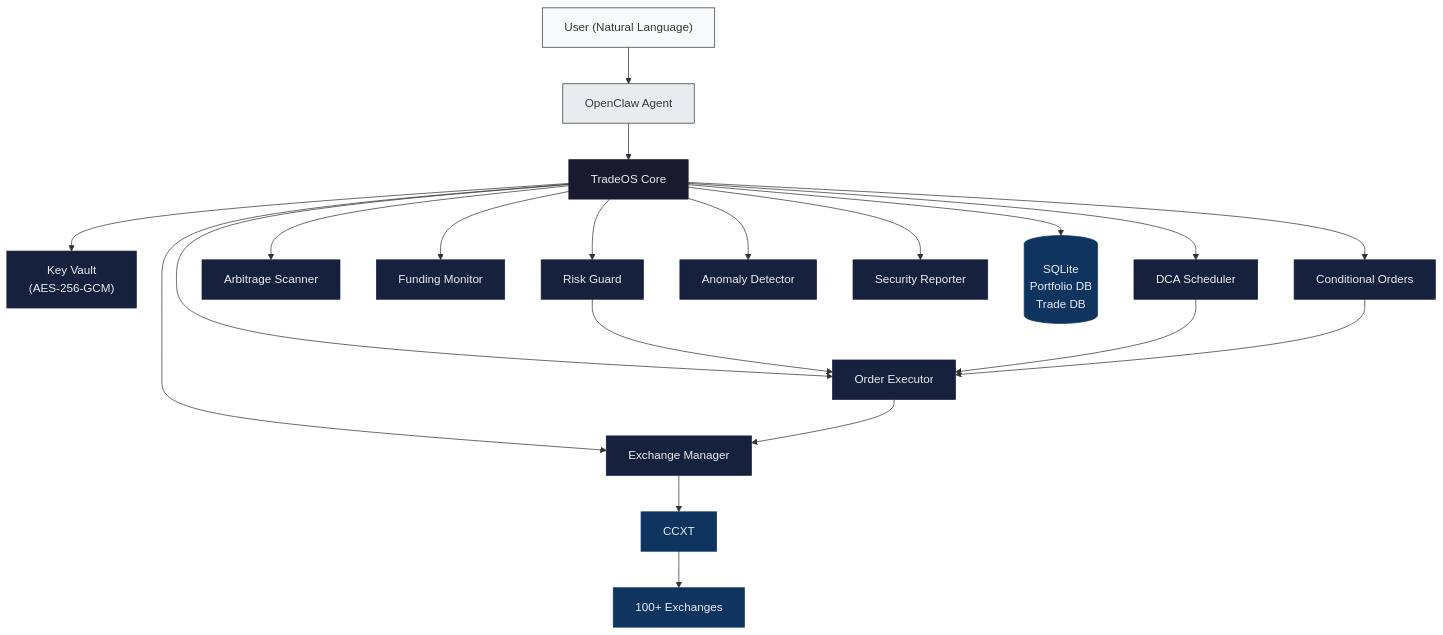
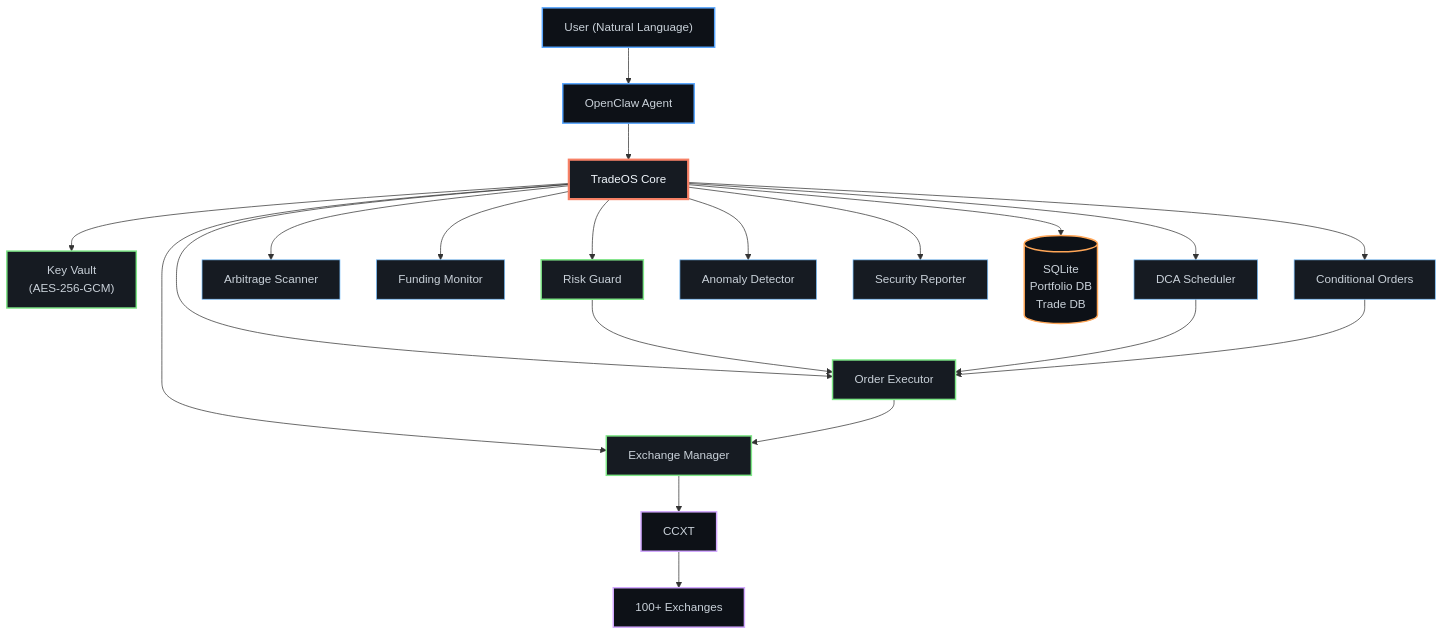
The diagram in README.md (00xLazy/TradeOS), drawn with Mermaid before and after one commit. The commit also changed other lines of this file and 1 other file, not shown here.

````diff
--- a/README.md
+++ b/README.md
@@ -54,45 +114,45 @@
 ```mermaid
 flowchart TB
     User["User (Natural Language)"] --> OpenClaw["OpenClaw Agent"]
     OpenClaw --> Core["TradeOS Core"]
 
     Core --> Vault["Key Vault\n(AES-256-GCM)"]
     Core --> EM["Exchange Manager"]
     Core --> OE["Order Executor"]
     Core --> RG["Risk Guard"]
 
     EM --> CCXT["CCXT"]
     CCXT --> EX["100+ Exchanges"]
 
     OE --> EM
     RG --> OE
 
     Core --> DCA["DCA Scheduler"]
     Core --> ARB["Arbitrage Scanner"]
     Core --> FR["Funding Monitor"]
     Core --> CO["Conditional Orders"]
     Core --> AD["Anomaly Detector"]
     Core --> SR["Security Reporter"]
 
     DCA --> OE
     CO --> OE
 
     Core --> DB[("SQLite\nPortfolio DB\nTrade DB")]
 
-    style User fill:#f8f9fa,stroke:#343a40,color:#343a40
-    style OpenClaw fill:#e9ecef,stroke:#343a40,color:#343a40
-    style Core fill:#1a1a2e,stroke:#1a1a2e,color:#e9ecef
-    style Vault fill:#16213e,stroke:#16213e,color:#e9ecef
-    style EM fill:#16213e,stroke:#16213e,color:#e9ecef
-    style OE fill:#16213e,stroke:#16213e,color:#e9ecef
-    style RG fill:#16213e,stroke:#16213e,color:#e9ecef
-    style CCXT fill:#0f3460,stroke:#0f3460,color:#e9ecef
-    style EX fill:#0f3460,stroke:#0f3460,color:#e9ecef
-    style DCA fill:#16213e,stroke:#16213e,color:#e9ecef
-    style ARB fill:#16213e,stroke:#16213e,color:#e9ecef
-    style FR fill:#16213e,stroke:#16213e,color:#e9ecef
-    style CO fill:#16213e,stroke:#16213e,color:#e9ecef
-    style AD fill:#16213e,stroke:#16213e,color:#e9ecef
-    style SR fill:#16213e,stroke:#16213e,color:#e9ecef
-    style DB fill:#0f3460,stroke:#0f3460,color:#e9ecef
+    style User fill:#0d1117,stroke:#58a6ff,color:#c9d1d9,stroke-width:2px
+    style OpenClaw fill:#0d1117,stroke:#58a6ff,color:#c9d1d9,stroke-width:2px
+    style Core fill:#161b22,stroke:#f78166,color:#f0f6fc,stroke-width:3px
+    style Vault fill:#161b22,stroke:#7ee787,color:#c9d1d9,stroke-width:2px
+    style EM fill:#161b22,stroke:#7ee787,color:#c9d1d9,stroke-width:2px
+    style OE fill:#161b22,stroke:#7ee787,color:#c9d1d9,stroke-width:2px
+    style RG fill:#161b22,stroke:#7ee787,color:#c9d1d9,stroke-width:2px
+    style CCXT fill:#0d1117,stroke:#d2a8ff,color:#c9d1d9,stroke-width:2px
+    style EX fill:#0d1117,stroke:#d2a8ff,color:#c9d1d9,stroke-width:2px
+    style DCA fill:#161b22,stroke:#79c0ff,color:#c9d1d9
+    style ARB fill:#161b22,stroke:#79c0ff,color:#c9d1d9
+    style FR fill:#161b22,stroke:#79c0ff,color:#c9d1d9
+    style CO fill:#161b22,stroke:#79c0ff,color:#c9d1d9
+    style AD fill:#161b22,stroke:#79c0ff,color:#c9d1d9
+    style SR fill:#161b22,stroke:#79c0ff,color:#c9d1d9
+    style DB fill:#0d1117,stroke:#ffa657,color:#c9d1d9,stroke-width:2px
 ```
````
